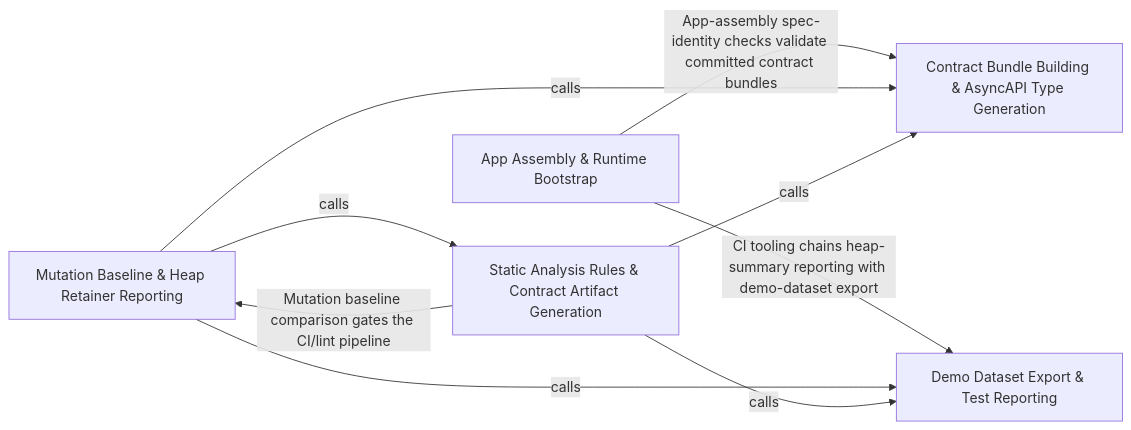
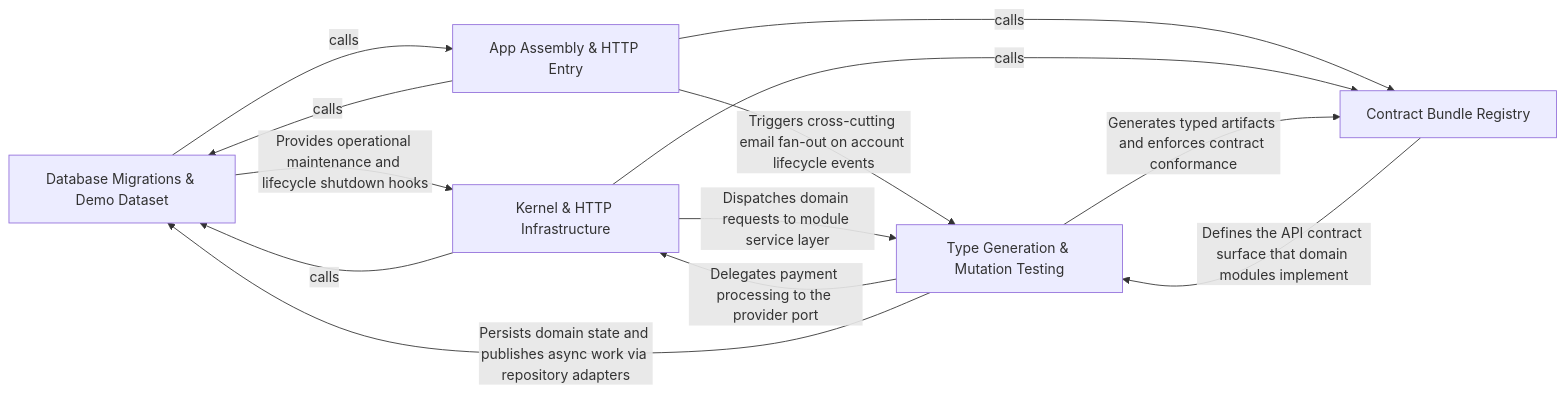
One commit to Guebbit/boilerplate-node-backend changed the diagram in .2repo/arch/overview.md. Above: the diagram before and after it, drawn with Mermaid. The commit also changed other lines of this file and 302 other files, not shown here.

First line of the commit message:
chore(2repo): refresh repo context, wiki, and architecture snapshots

````diff
--- a/.2repo/arch/overview.md
+++ b/.2repo/arch/overview.md
@@ -10,21 +10,25 @@
 ```mermaid
 graph LR
-    App_Assembly_Runtime_Bootstrap["App Assembly & Runtime Bootstrap"]
-    Demo_Dataset_Export_Test_Reporting["Demo Dataset Export & Test Reporting"]
-    Contract_Bundle_Building_AsyncAPI_Type_Generation["Contract Bundle Building & AsyncAPI Type Generation"]
-    Mutation_Baseline_Heap_Retainer_Reporting["Mutation Baseline & Heap Retainer Reporting"]
-    Static_Analysis_Rules_Contract_Artifact_Generation["Static Analysis Rules & Contract Artifact Generation"]
-    App_Assembly_Runtime_Bootstrap -- "CI tooling chains heap-summary reporting with demo-dataset export" --> Demo_Dataset_Export_Test_Reporting
-    App_Assembly_Runtime_Bootstrap -- "App-assembly spec-identity checks validate committed contract bundles" --> Contract_Bundle_Building_AsyncAPI_Type_Generation
-    Mutation_Baseline_Heap_Retainer_Reporting -- "calls" --> Contract_Bundle_Building_AsyncAPI_Type_Generation
-    Mutation_Baseline_Heap_Retainer_Reporting -- "calls" --> Static_Analysis_Rules_Contract_Artifact_Generation
-    Mutation_Baseline_Heap_Retainer_Reporting -- "calls" --> Demo_Dataset_Export_Test_Reporting
-    Static_Analysis_Rules_Contract_Artifact_Generation -- "calls" --> Demo_Dataset_Export_Test_Reporting
-    Static_Analysis_Rules_Contract_Artifact_Generation -- "calls" --> Contract_Bundle_Building_AsyncAPI_Type_Generation
-    Static_Analysis_Rules_Contract_Artifact_Generation -- "Mutation baseline comparison gates the CI/lint pipeline" --> Mutation_Baseline_Heap_Retainer_Reporting
-    click App_Assembly_Runtime_Bootstrap href "/App_Assembly_Runtime_Bootstrap.md" "Details"
-    click Demo_Dataset_Export_Test_Reporting href "/Demo_Dataset_Export_Test_Reporting.md" "Details"
-    click Contract_Bundle_Building_AsyncAPI_Type_Generation href "/Contract_Bundle_Building_AsyncAPI_Type_Generation.md" "Details"
-    click Mutation_Baseline_Heap_Retainer_Reporting href "/Mutation_Baseline_Heap_Retainer_Reporting.md" "Details"
-    click Static_Analysis_Rules_Contract_Artifact_Generation href "/Static_Analysis_Rules_Contract_Artifact_Generation.md" "Details"
+    Database_Migrations_Demo_Dataset["Database Migrations & Demo Dataset"]
+    App_Assembly_HTTP_Entry["App Assembly & HTTP Entry"]
+    Kernel_HTTP_Infrastructure["Kernel & HTTP Infrastructure"]
+    Type_Generation_Mutation_Testing["Type Generation & Mutation Testing"]
+    Contract_Bundle_Registry["Contract Bundle Registry"]
+    Database_Migrations_Demo_Dataset -- "Provides operational maintenance and lifecycle shutdown hooks" --> Kernel_HTTP_Infrastructure
+    Database_Migrations_Demo_Dataset -- "calls" --> App_Assembly_HTTP_Entry
+    App_Assembly_HTTP_Entry -- "calls" --> Database_Migrations_Demo_Dataset
+    App_Assembly_HTTP_Entry -- "Triggers cross-cutting email fan-out on account lifecycle events" --> Type_Generation_Mutation_Testing
+    App_Assembly_HTTP_Entry -- "calls" --> Contract_Bundle_Registry
+    Kernel_HTTP_Infrastructure -- "Dispatches domain requests to module service layer" --> Type_Generation_Mutation_Testing
+    Kernel_HTTP_Infrastructure -- "calls" --> Contract_Bundle_Registry
+    Kernel_HTTP_Infrastructure -- "calls" --> Database_Migrations_Demo_Dataset
+    Type_Generation_Mutation_Testing -- "Delegates payment processing to the provider port" --> Kernel_HTTP_Infrastructure
+    Type_Generation_Mutation_Testing -- "Persists domain state and publishes async work via repository adapters" --> Database_Migrations_Demo_Dataset
+    Type_Generation_Mutation_Testing -- "Generates typed artifacts and enforces contract conformance" --> Contract_Bundle_Registry
+    Contract_Bundle_Registry -- "Defines the API contract surface that domain modules implement" --> Type_Generation_Mutation_Testing
+    click Database_Migrations_Demo_Dataset href "./Database_Migrations_Demo_Dataset.md" "Details"
+    click App_Assembly_HTTP_Entry href "./App_Assembly_HTTP_Entry.md" "Details"
+    click Kernel_HTTP_Infrastructure href "./Kernel_HTTP_Infrastructure.md" "Details"
+    click Type_Generation_Mutation_Testing href "./Type_Generation_Mutation_Testing.md" "Details"
+    click Contract_Bundle_Registry href "./Contract_Bundle_Registry.md" "Details"
 ```
````
